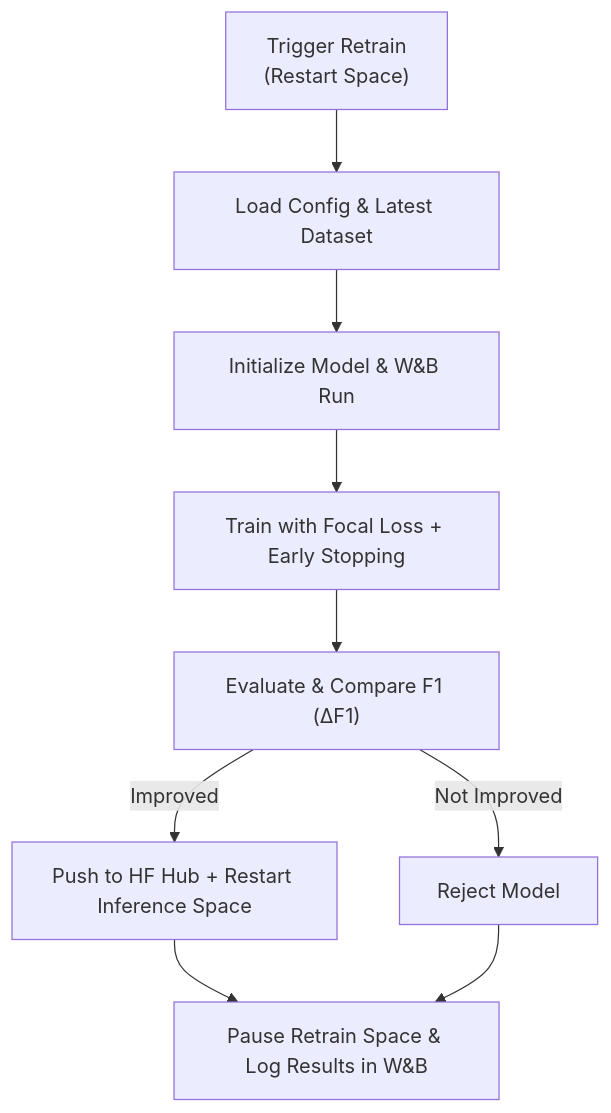
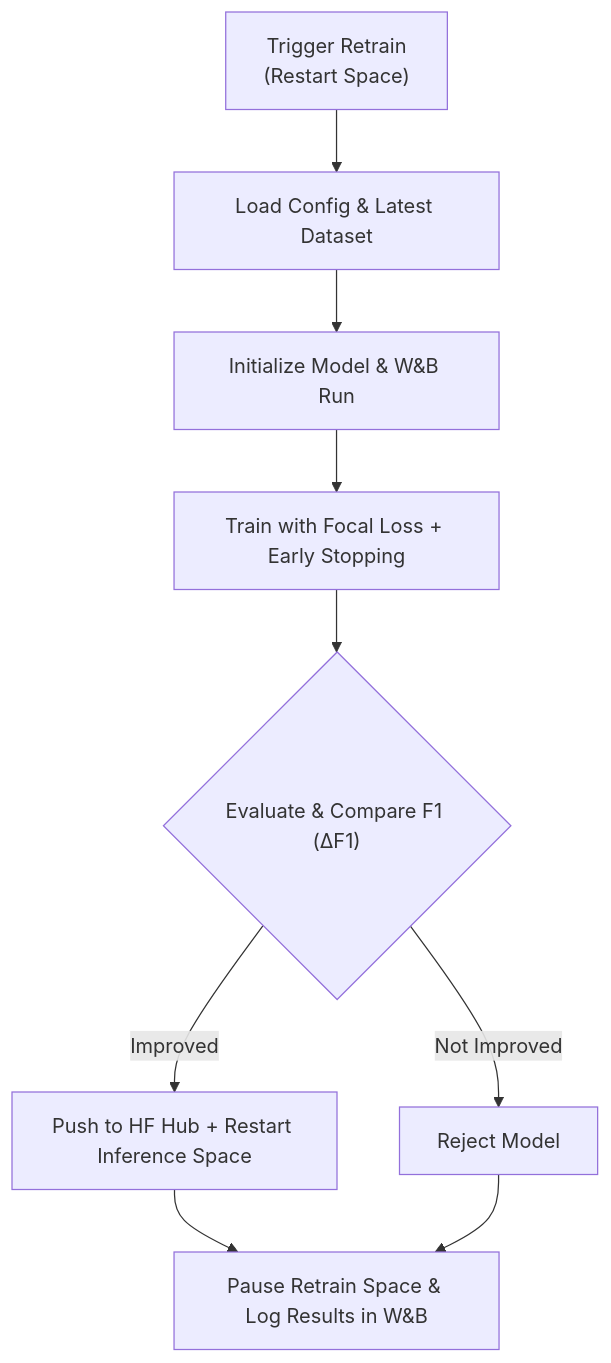
The second of 2 diagrams in README.md (fuseai-fellowship/Sambodhan-AI-Powered-Grievance-Redressal-System-for-Local-Governance), drawn with Mermaid before and after one commit.

Commit message:
fix: update evaluation step in retraining flowchart for clarity

````diff
--- a/README.md
+++ b/README.md
@@ -262,11 +262,11 @@
 ```mermaid
 flowchart TD
     A["Trigger Retrain<br>(Restart Space)"] --> B["Load Config & Latest Dataset"]
     B --> C["Initialize Model & W&B Run"]
     C --> D["Train with Focal Loss + Early Stopping"]
-    D --> E["Evaluate & Compare F1 (ΔF1)"]
+    D --> E{"Evaluate & Compare F1 (ΔF1)"}
     E -->|Improved| F["Push to HF Hub + Restart Inference Space"]
     E -->|Not Improved| G["Reject Model"]
     F --> H["Pause Retrain Space & Log Results in W&B"]
     G --> H
 ```
````
